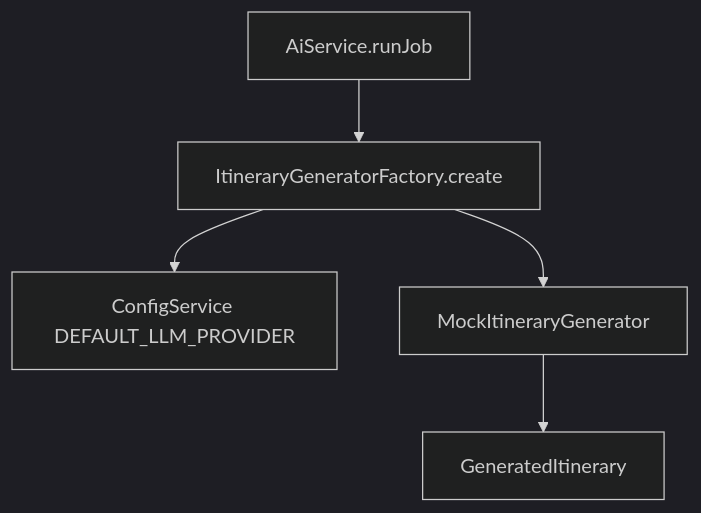
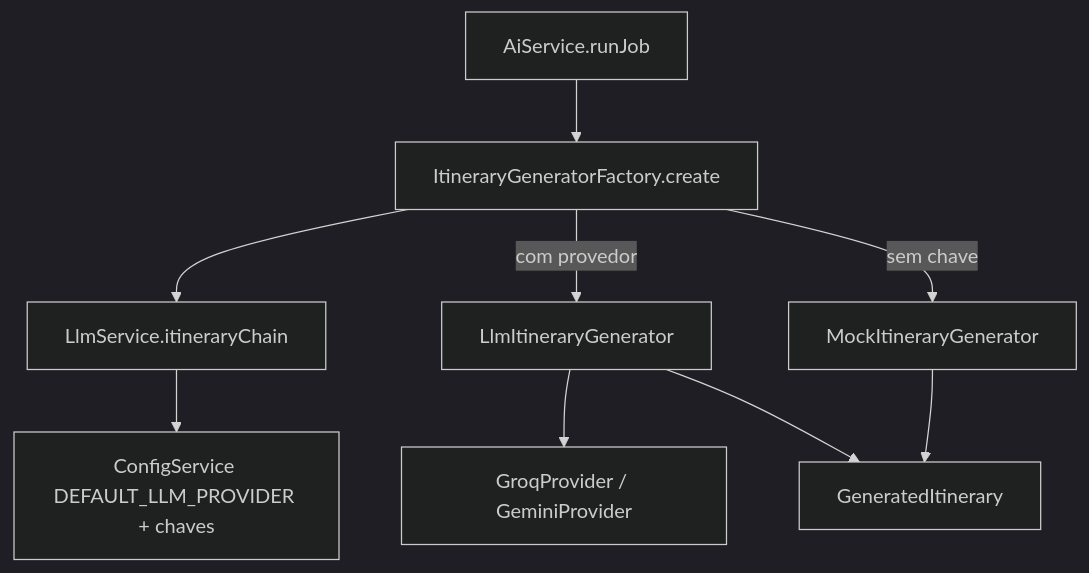
Before and after one commit to DaviMarqs/viajero: the seventh of 8 diagrams in backend-nest/DESIGN_PATTERNS.md, drawn with Mermaid (dark theme). The commit also changed other lines of this file and 44 other files, not shown here.

````diff
--- a/backend-nest/DESIGN_PATTERNS.md
+++ b/backend-nest/DESIGN_PATTERNS.md
@@ -356,7 +356,11 @@
 ```mermaid
 flowchart TD
   Ai[AiService.runJob] --> Factory[ItineraryGeneratorFactory.create]
-  Factory --> Config[ConfigService DEFAULT_LLM_PROVIDER]
-  Factory --> Mock[MockItineraryGenerator]
-  Mock --> Result[GeneratedItinerary]
+  Factory --> Llm[LlmService.itineraryChain]
+  Llm --> Config[ConfigService DEFAULT_LLM_PROVIDER + chaves]
+  Factory -->|com provedor| Ai2[LlmItineraryGenerator]
+  Factory -->|sem chave| Mock[MockItineraryGenerator]
+  Ai2 --> Providers[GroqProvider / GeminiProvider]
+  Ai2 --> Result[GeneratedItinerary]
+  Mock --> Result
 ```
````
